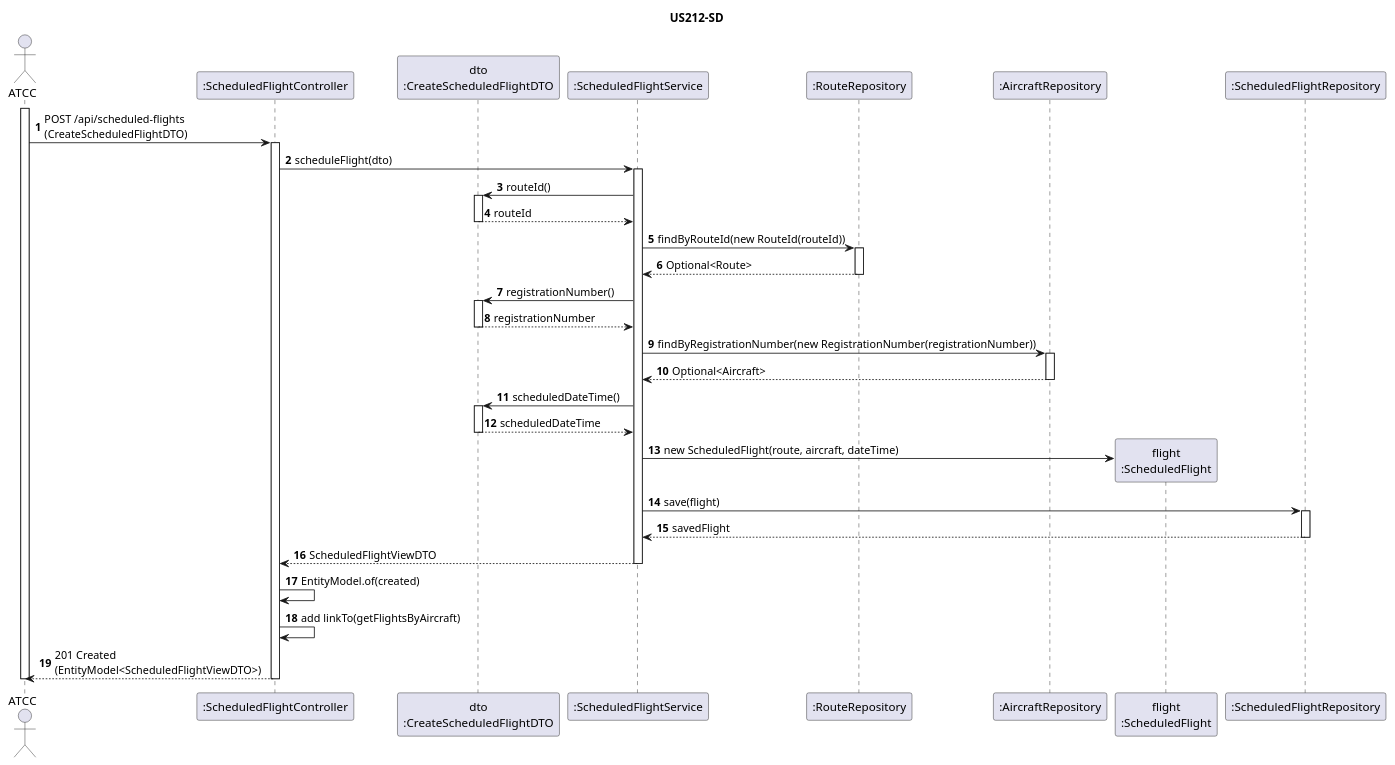
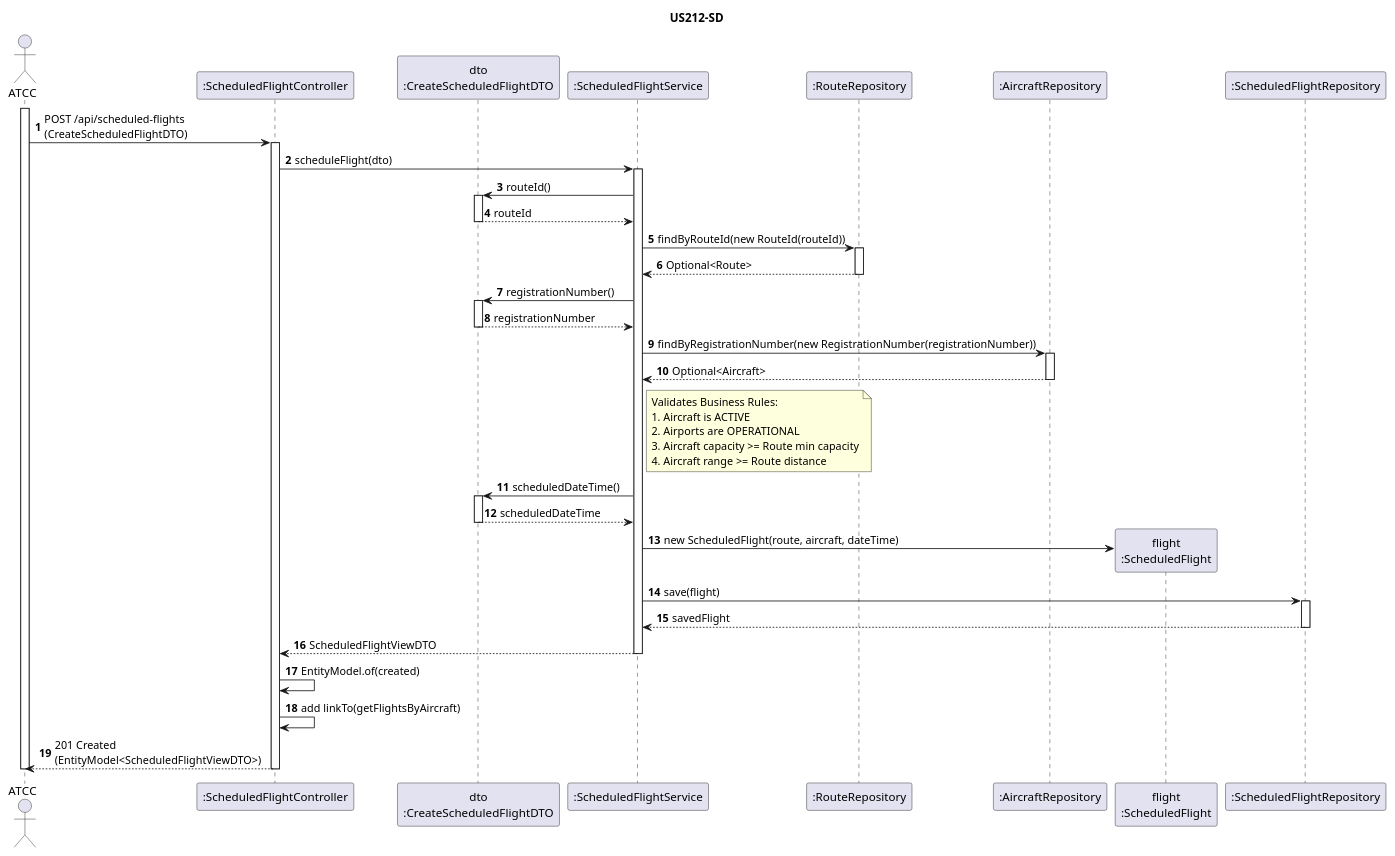
Before and after one commit to anamartasilvaa/PSOFT_AISafe_Flight: the diagram in docs/WP#3B - Enhanced Route Management/US212/US212-SD.puml, drawn with PlantUML. The commit also changed 12 other files, not shown here.

```diff
--- a/docs/WP#3B - Enhanced Route Management/US212/US212-SD.puml
+++ b/docs/WP#3B - Enhanced Route Management/US212/US212-SD.puml
@@ -1,61 +1,62 @@
 @startuml
 title US212-SD
 autonumber
 actor "ATCC" as Operator
 participant ":ScheduledFlightController" as Ctrl
 participant "dto\n:CreateScheduledFlightDTO" as DTO
 participant ":ScheduledFlightService" as Service
 participant ":RouteRepository" as RouteRepo
 participant ":AircraftRepository" as AircraftRepo
 participant "flight\n:ScheduledFlight" as Entity
 participant ":ScheduledFlightRepository" as FlightRepo
 
 activate Operator
 Operator -> Ctrl : POST /api/scheduled-flights\n(CreateScheduledFlightDTO)
 activate Ctrl
 
 Ctrl -> Service : scheduleFlight(dto)
 activate Service
 
 Service -> DTO : routeId()
 activate DTO
 DTO --> Service : routeId
 deactivate DTO
 
 Service -> RouteRepo : findByRouteId(new RouteId(routeId))
 activate RouteRepo
 RouteRepo --> Service : Optional<Route>
 deactivate RouteRepo
 
 Service -> DTO : registrationNumber()
 activate DTO
 DTO --> Service : registrationNumber
 deactivate DTO
 
 Service -> AircraftRepo : findByRegistrationNumber(new RegistrationNumber(registrationNumber))
 activate AircraftRepo
 AircraftRepo --> Service : Optional<Aircraft>
 deactivate AircraftRepo
 
+note right of Service : Validates Business Rules:\n1. Aircraft is ACTIVE\n2. Airports are OPERATIONAL\n3. Aircraft capacity >= Route min capacity\n4. Aircraft range >= Route distance
 
 Service -> DTO : scheduledDateTime()
 activate DTO
 DTO --> Service : scheduledDateTime
 deactivate DTO
 
 Service -> Entity ** : new ScheduledFlight(route, aircraft, dateTime)
 
 Service -> FlightRepo : save(flight)
 activate FlightRepo
 FlightRepo --> Service : savedFlight
 deactivate FlightRepo
 
 Service --> Ctrl : ScheduledFlightViewDTO
 deactivate Service
 
 Ctrl -> Ctrl : EntityModel.of(created)
 Ctrl -> Ctrl : add linkTo(getFlightsByAircraft)
 Ctrl --> Operator : 201 Created\n(EntityModel<ScheduledFlightViewDTO>)
 deactivate Ctrl
 deactivate Operator
 @enduml
```
